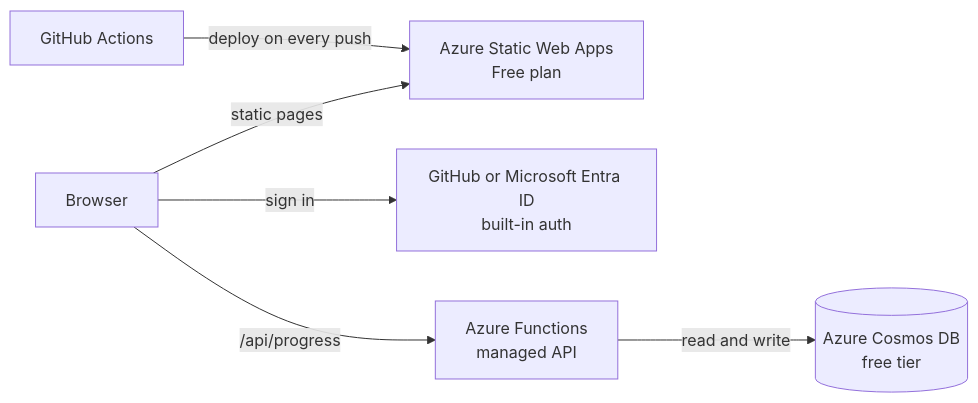
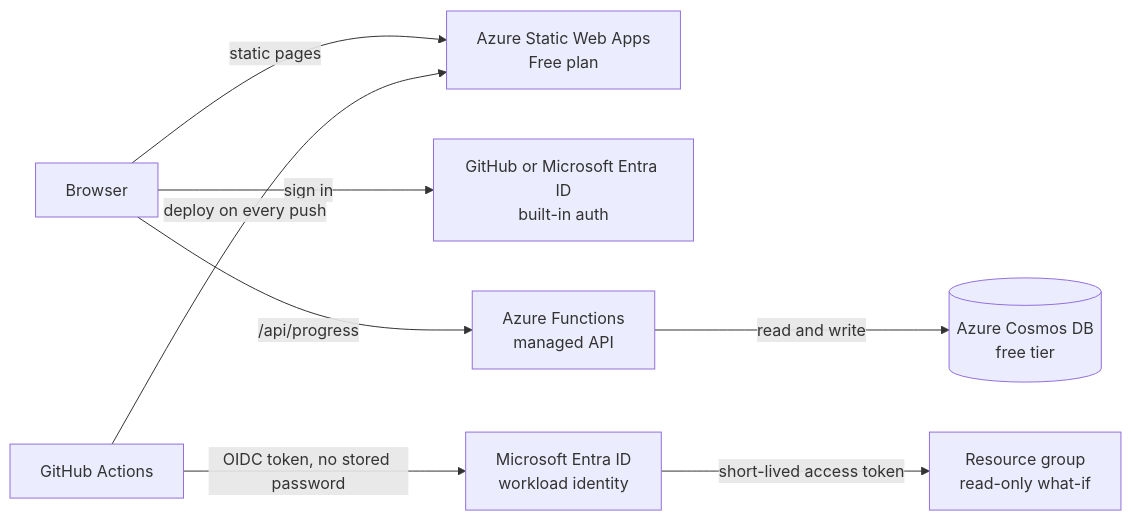
The diagram in README.md (galorr-prjs/TheAzureAcademy), drawn with Mermaid before and after one commit. The commit also changed other lines of this file, not shown here.

````diff
--- a/README.md
+++ b/README.md
@@ -26,8 +26,10 @@
 ```mermaid
 flowchart LR
   U[Browser] -->|static pages| S[Azure Static Web Apps<br/>Free plan]
   U -->|sign in| A[GitHub or Microsoft Entra ID<br/>built-in auth]
   U -->|/api/progress| F[Azure Functions<br/>managed API]
   F -->|read and write| C[(Azure Cosmos DB<br/>free tier)]
   G[GitHub Actions] -->|deploy on every push| S
+  G -->|OIDC token, no stored password| E[Microsoft Entra ID<br/>workload identity]
+  E -->|short-lived access token| R[Resource group<br/>read-only what-if]
 ```
````
